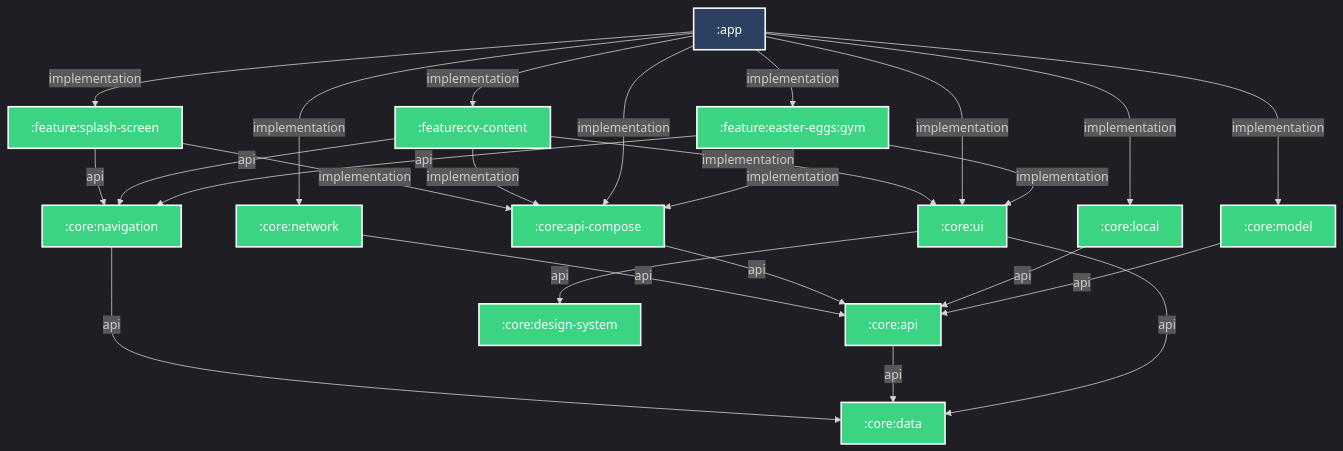
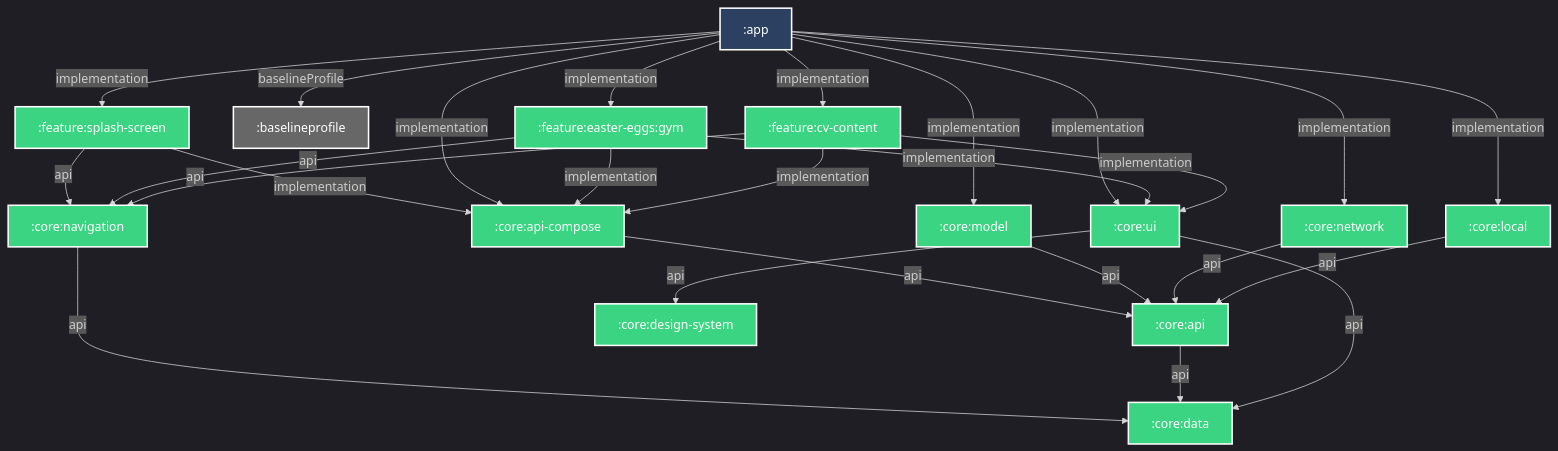
Before and after one commit to Dussim/cv-app: the diagram in README.md, drawn with Mermaid. The commit also changed other lines of this file and 21 other files, not shown here.

````diff
--- a/README.md
+++ b/README.md
@@ -3,50 +3,53 @@
 ```mermaid
 %%{
   init: {
     'theme': 'dark'
   }
 }%%
 
 graph TB
   :core:navigation -- api --> :core:data
-  :core:network -- api --> :core:api
   :core:api-compose -- api --> :core:api
-  :core:api -- api --> :core:data
   :feature:splash-screen -- api --> :core:navigation
   :feature:splash-screen -- implementation --> :core:api-compose
-  :core:local -- api --> :core:api
-  :core:ui -- api --> :core:data
-  :core:ui -- api --> :core:design-system
-  :feature:cv-content -- api --> :core:navigation
-  :feature:cv-content -- implementation --> :core:api-compose
-  :feature:cv-content -- implementation --> :core:ui
+  :app -- baselineProfile --> :baselineprofile
   :app -- implementation --> :core:api-compose
   :app -- implementation --> :core:ui
   :app -- implementation --> :core:model
   :app -- implementation --> :core:local
   :app -- implementation --> :core:network
   :app -- implementation --> :feature:splash-screen
   :app -- implementation --> :feature:cv-content
   :app -- implementation --> :feature:easter-eggs:gym
   :core:model -- api --> :core:api
   :feature:easter-eggs:gym -- api --> :core:navigation
   :feature:easter-eggs:gym -- implementation --> :core:api-compose
   :feature:easter-eggs:gym -- implementation --> :core:ui
+  :core:network -- api --> :core:api
+  :core:api -- api --> :core:data
+  :core:local -- api --> :core:api
+  :core:ui -- api --> :core:data
+  :core:ui -- api --> :core:design-system
+  :feature:cv-content -- api --> :core:navigation
+  :feature:cv-content -- implementation --> :core:api-compose
+  :feature:cv-content -- implementation --> :core:ui
 
 classDef android-library fill:#3BD482,stroke:#fff,stroke-width:2px,color:#fff;
 classDef android-application fill:#2C4162,stroke:#fff,stroke-width:2px,color:#fff;
+classDef unknown fill:#676767,stroke:#fff,stroke-width:2px,color:#fff;
 class :core:navigation android-library
 class :core:data android-library
+class :core:api-compose android-library
+class :core:api android-library
+class :feature:splash-screen android-library
+class :app android-application
+class :baselineprofile unknown
+class :core:ui android-library
+class :core:model android-library
+class :core:local android-library
 class :core:network android-library
-class :core:api android-library
-class :core:api-compose android-library
-class :feature:splash-screen android-library
-class :core:local android-library
-class :core:ui android-library
+class :feature:cv-content android-library
+class :feature:easter-eggs:gym android-library
 class :core:design-system android-library
-class :feature:cv-content android-library
-class :app android-application
-class :core:model android-library
-class :feature:easter-eggs:gym android-library
 
 ```
````
